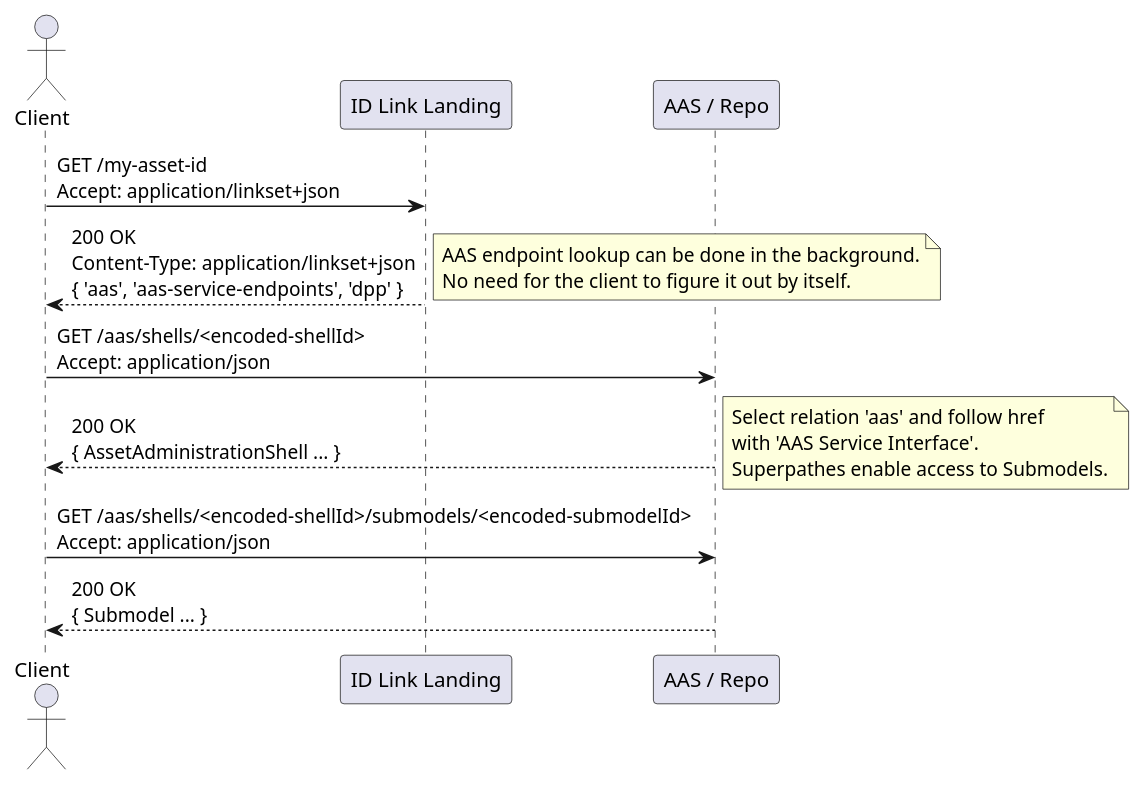
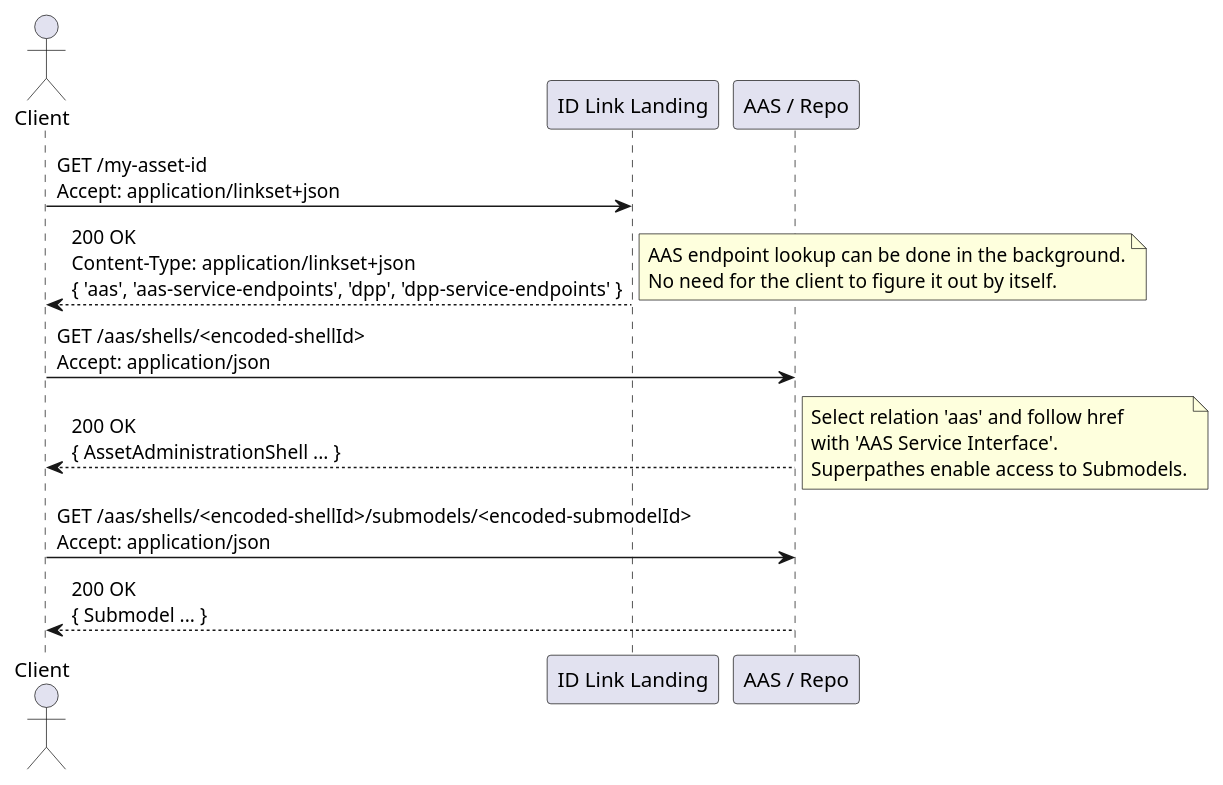
One commit to admin-shell-io/aas-specs-api changed the fourth of 4 diagrams in documentation/IDTA-01002-3/modules/ROOT/pages/http-rest-api/interactions.adoc. Above: the diagram before and after it, drawn with PlantUML. The commit also changed other lines of this file, not shown here.

Commit message:
provide dpp-service-endpoints

```diff
--- a/documentation/IDTA-01002-3/modules/ROOT/pages/http-rest-api/interactions.adoc
+++ b/documentation/IDTA-01002-3/modules/ROOT/pages/http-rest-api/interactions.adoc
@@ -194,28 +206,28 @@
 [plantuml, seq-idlink-linkset, svg]
 ....
 @startuml
 actor Client
 participant IDProvider as "ID Link Landing"
 participant AASService as "AAS / Repo"
 
 Client -> IDProvider: GET /my-asset-id\nAccept: application/linkset+json
-IDProvider --> Client: 200 OK\nContent-Type: application/linkset+json\n{ 'aas', 'aas-service-endpoints', 'dpp' }
+IDProvider --> Client: 200 OK\nContent-Type: application/linkset+json\n{ 'aas', 'aas-service-endpoints', 'dpp', 'dpp-service-endpoints' }
 
 note right
 AAS endpoint lookup can be done in the background.
 No need for the client to figure it out by itself.
 end note
 
 Client -> AASService: GET /aas/shells/<encoded-shellId>\nAccept: application/json
 AASService --> Client: 200 OK\n{ AssetAdministrationShell ... }
 
 note right
 Select relation 'aas' and follow href
 with 'AAS Service Interface'.
 Superpathes enable access to Submodels.
 end note
 
 Client -> AASService: GET /aas/shells/<encoded-shellId>/submodels/<encoded-submodelId>\nAccept: application/json
 AASService --> Client: 200 OK\n{ Submodel ... }
 @enduml
 ....
```
